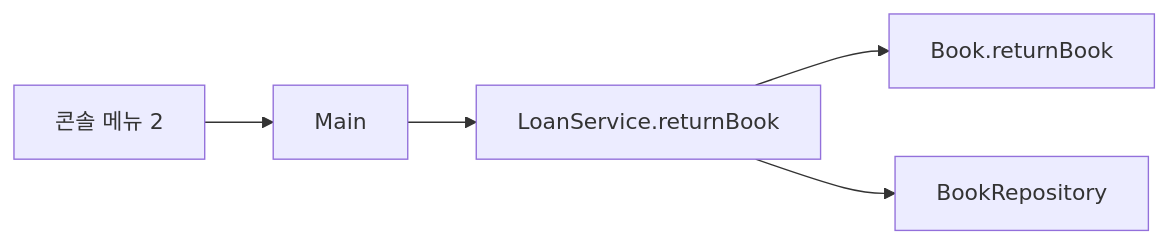
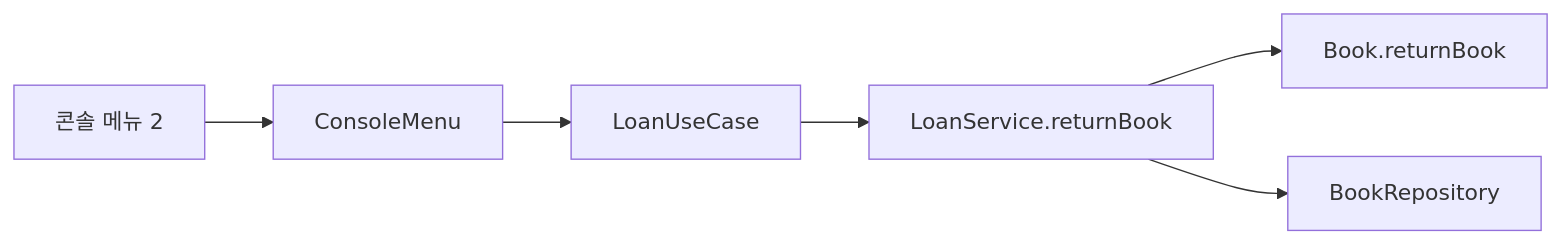
Before and after one commit to busan-bank-2026/hexa-example: the second of 3 diagrams in .projectcode/wiki/scenarios.md, drawn with Mermaid. The commit also changed other lines of this file and 4 other files, not shown here.

````diff
--- a/.projectcode/wiki/scenarios.md
+++ b/.projectcode/wiki/scenarios.md
@@ -22,7 +25,8 @@
 ```mermaid
 flowchart LR
-  A[콘솔 메뉴 2] --> B[Main]
-  B --> C[LoanService.returnBook]
-  C --> D[Book.returnBook]
-  C --> E[BookRepository]
+  A[콘솔 메뉴 2] --> B[ConsoleMenu]
+  B --> C[LoanUseCase]
+  C --> D[LoanService.returnBook]
+  D --> E[Book.returnBook]
+  D --> F[BookRepository]
 ```
````
